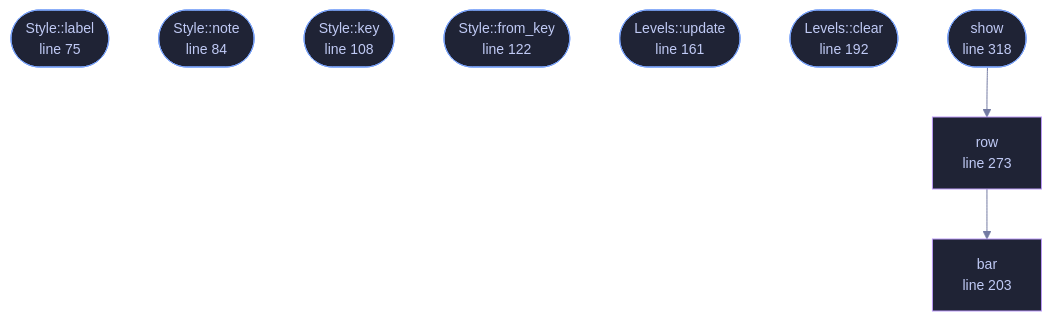
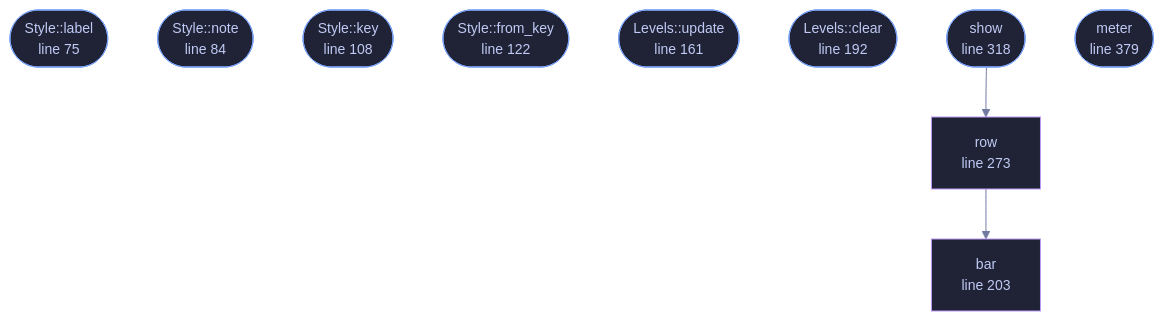
One commit to tilas01/veilvoice changed the diagram in wiki/File-veilvoice-gui-monitor.md. Above: the diagram before and after it, drawn with Mermaid. The commit also changed other lines of this file and 53 other files, not shown here.

````diff
--- a/wiki/File-veilvoice-gui-monitor.md
+++ b/wiki/File-veilvoice-gui-monitor.md
@@ -105,28 +106,30 @@
 ```mermaid
 %%{init: {"theme":"base","themeVariables":{"background":"#1a1b26","primaryColor":"#1f2335","primaryTextColor":"#c0caf5","primaryBorderColor":"#7aa2f7","secondaryColor":"#16161e","tertiaryColor":"#16161e","lineColor":"#737aa2","textColor":"#c0caf5","mainBkg":"#1f2335","nodeBorder":"#7aa2f7","clusterBkg":"#16161e","clusterBorder":"#2f3549","fontFamily":"ui-monospace, SFMono-Regular, Consolas, monospace","fontSize":"14px"}}}%%
 flowchart TD
     n_label(["Style::label<br/>line 75"])
     n_note(["Style::note<br/>line 84"])
     n_key(["Style::key<br/>line 108"])
     n_from_key(["Style::from_key<br/>line 122"])
     n_update(["Levels::update<br/>line 161"])
     n_clear(["Levels::clear<br/>line 192"])
     n_bar["bar<br/>line 203"]
     n_row["row<br/>line 273"]
     n_show(["show<br/>line 318"])
+    n_meter(["meter<br/>line 379"])
     n_row --> n_bar
     n_show --> n_row
     click n_label href "https://github.com/tilas01/veilvoice/blob/main/crates/veilvoice-gui/src/monitor.rs#L75" "open the source"
     click n_note href "https://github.com/tilas01/veilvoice/blob/main/crates/veilvoice-gui/src/monitor.rs#L84" "open the source"
     click n_key href "https://github.com/tilas01/veilvoice/blob/main/crates/veilvoice-gui/src/monitor.rs#L108" "open the source"
     click n_from_key href "https://github.com/tilas01/veilvoice/blob/main/crates/veilvoice-gui/src/monitor.rs#L122" "open the source"
     click n_update href "https://github.com/tilas01/veilvoice/blob/main/crates/veilvoice-gui/src/monitor.rs#L161" "open the source"
     click n_clear href "https://github.com/tilas01/veilvoice/blob/main/crates/veilvoice-gui/src/monitor.rs#L192" "open the source"
     click n_bar href "https://github.com/tilas01/veilvoice/blob/main/crates/veilvoice-gui/src/monitor.rs#L203" "open the source"
     click n_row href "https://github.com/tilas01/veilvoice/blob/main/crates/veilvoice-gui/src/monitor.rs#L273" "open the source"
     click n_show href "https://github.com/tilas01/veilvoice/blob/main/crates/veilvoice-gui/src/monitor.rs#L318" "open the source"
+    click n_meter href "https://github.com/tilas01/veilvoice/blob/main/crates/veilvoice-gui/src/monitor.rs#L379" "open the source"
     classDef entry fill:#1f2335,stroke:#7aa2f7,color:#c0caf5
-    class n_label,n_note,n_key,n_from_key,n_update,n_clear,n_show entry
+    class n_label,n_note,n_key,n_from_key,n_update,n_clear,n_show,n_meter entry
     classDef helper fill:#1f2335,stroke:#bb9af7,color:#c0caf5
     class n_bar,n_row helper
 ```
````
